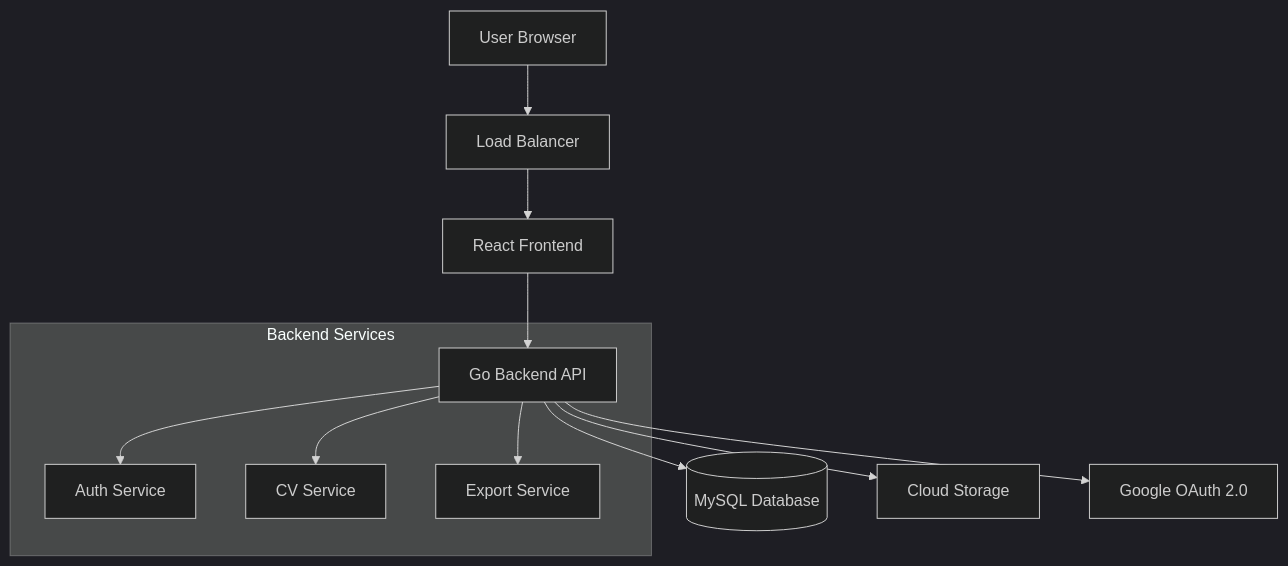
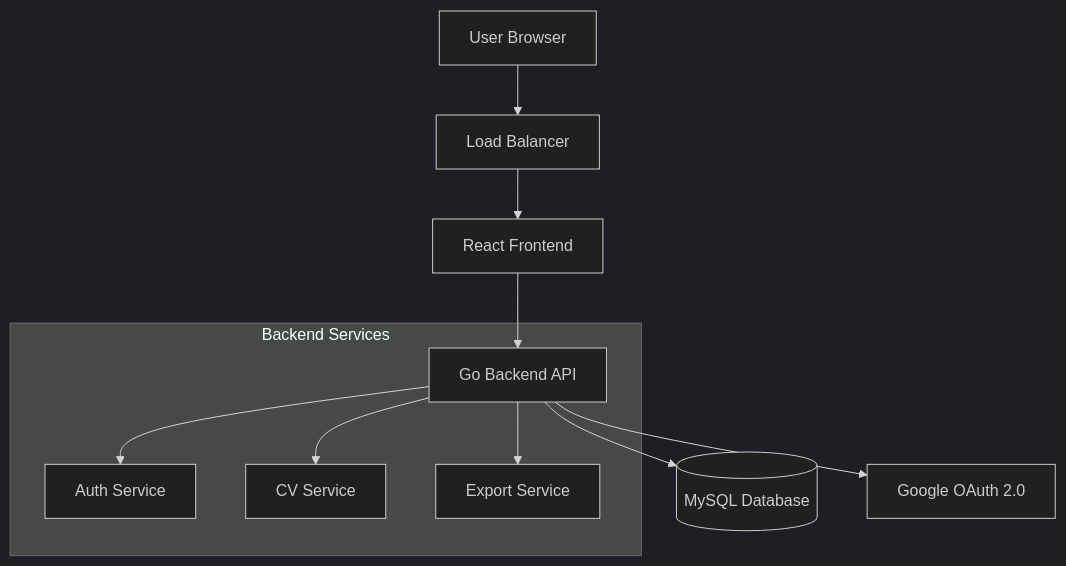
The first of 2 diagrams in .kiro/specs/cv-management-system/design.md (sky0621/techcv), drawn with Mermaid (dark theme) before and after one commit. The commit also changed other lines of this file, not shown here.

````diff
--- a/.kiro/specs/cv-management-system/design.md
+++ b/.kiro/specs/cv-management-system/design.md
@@ -35,15 +41,14 @@
 ```mermaid
 graph TB
     User[User Browser] --> LB[Load Balancer]
     LB --> Frontend[React Frontend]
     Frontend --> API[Go Backend API]
     API --> DB[(MySQL Database)]
-    API --> Storage[Cloud Storage]
     API --> OAuth[Google OAuth 2.0]
     
     subgraph "Backend Services"
         API --> AuthService[Auth Service]
         API --> CVService[CV Service]
         API --> ExportService[Export Service]
     end
 ```
````
